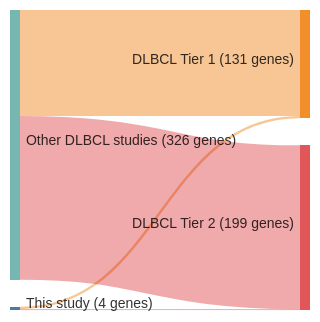
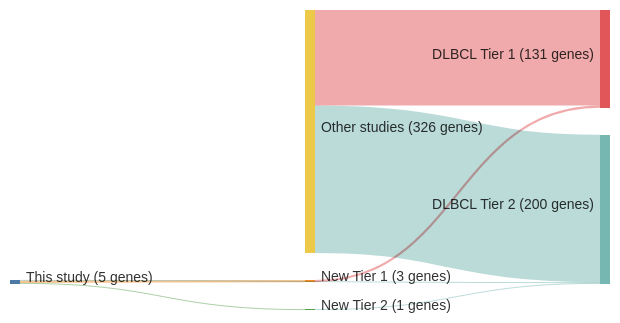
The diagram in papers/lohrDiscoveryPrioritizationSomatic2012a.md (morinlab/lymphopedia), drawn with Mermaid before and after one commit. The commit also changed 82 other files, not shown here.

````diff
--- a/papers/lohrDiscoveryPrioritizationSomatic2012a.md
+++ b/papers/lohrDiscoveryPrioritizationSomatic2012a.md
@@ -12,18 +12,21 @@
 ```mermaid
 ---
 config:
     sankey:
         showValues: true
         linkColor: target
-        width: 300
+        width: 600
         height: 300
         nodeAlignment: right
         prefix: '('
         suffix: ' genes)'
 ---
 sankey-beta
-This study, DLBCL Tier 1, 3
+This study, New Tier 1, 3
+New Tier 1, DLBCL Tier 1, 3
 This study, DLBCL Tier 2, 1
-Other DLBCL studies, DLBCL Tier 1, 128
-Other DLBCL studies, DLBCL Tier 2, 198
+This study, New Tier 2, 1
+New Tier 2, DLBCL Tier 2, 1
+Other studies, DLBCL Tier 1, 128
+Other studies, DLBCL Tier 2, 198
 ```
````
